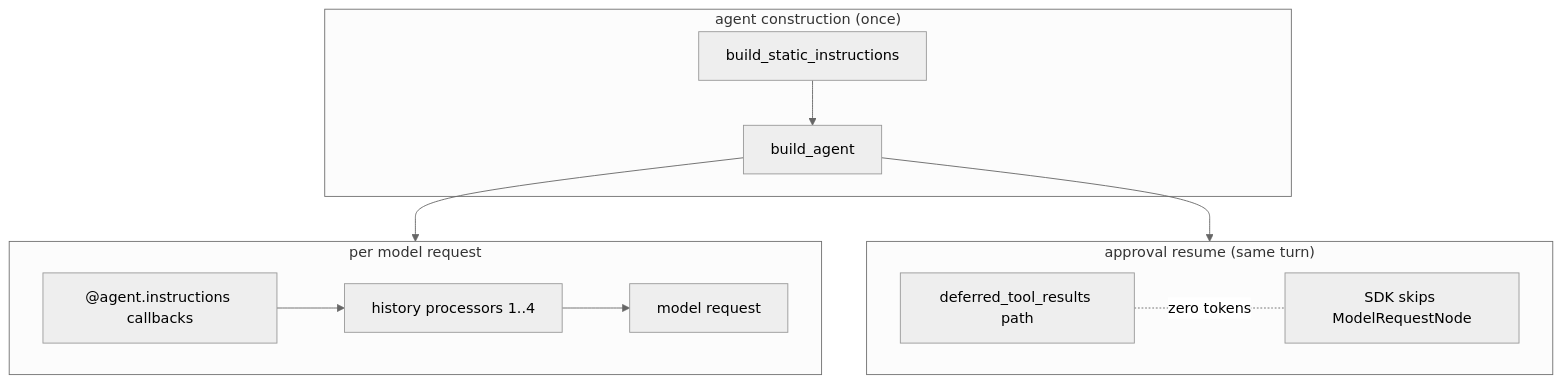
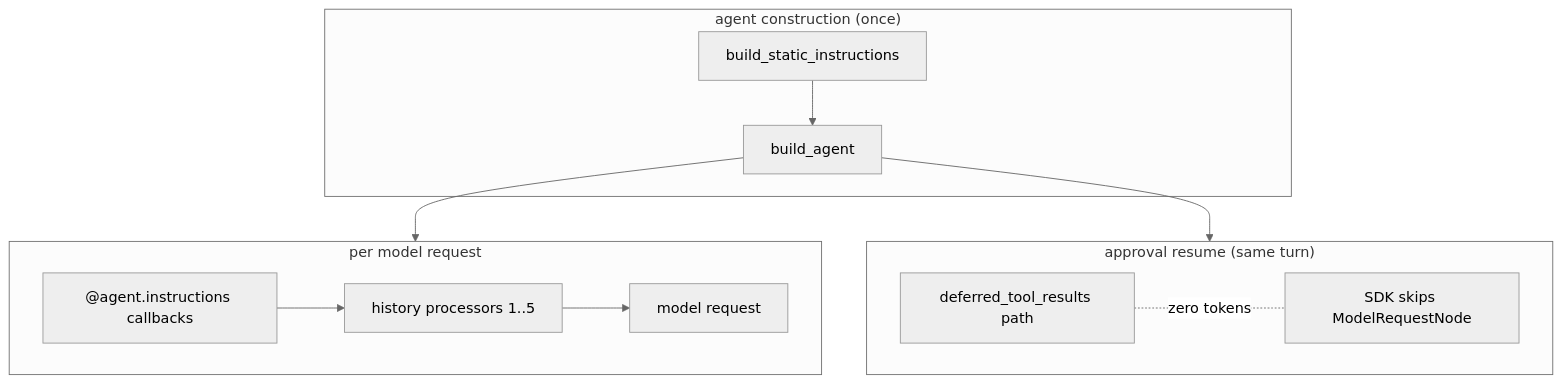
Before and after one commit to binlecode/co-cli: the diagram in docs/specs/prompt-assembly.md, drawn with Mermaid (neutral theme). The commit also changed other lines of this file and 13 other files, not shown here.

````diff
--- a/docs/specs/prompt-assembly.md
+++ b/docs/specs/prompt-assembly.md
@@ -14,24 +14,24 @@
 ```mermaid
 flowchart TD
     subgraph Build["agent construction (once)"]
         Static[build_static_instructions]
         MainAgent[build_agent]
         Static --> MainAgent
     end
 
     subgraph PerRequest["per model request"]
         Dynamic["@agent.instructions callbacks"]
-        Processors["history processors 1..4"]
+        Processors["history processors 1..5"]
         Model[model request]
         Dynamic --> Processors --> Model
     end
 
     subgraph ResumeRequest["approval resume (same turn)"]
         ResumeModel["deferred_tool_results path"]
         ResumeNote["SDK skips ModelRequestNode"]
         ResumeModel -. zero tokens .- ResumeNote
     end
 
     MainAgent --> PerRequest
     MainAgent --> ResumeRequest
 ```
````
